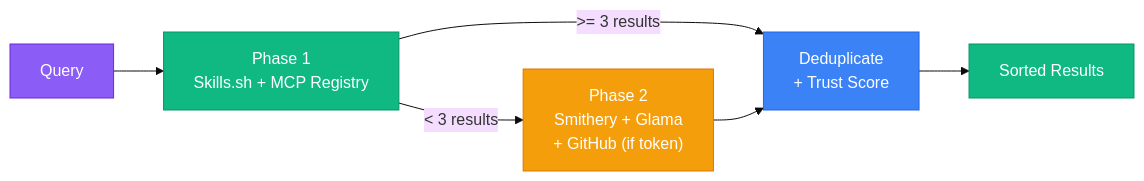
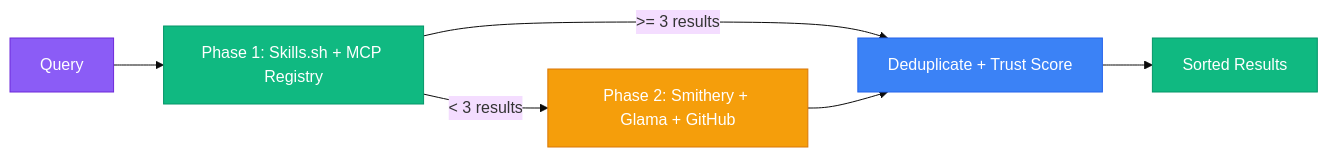
One commit to ancrz/skill-swarm-mcp changed the third of 7 diagrams in README.md. Above: the diagram before and after it, drawn with Mermaid (base theme). The commit also changed other lines of this file, not shown here.

First line of the commit message:
docs: lint mermaid diagrams, add top navigation anchors, and specify apache 2.0 terms

````diff
--- a/README.md
+++ b/README.md
@@ -79,14 +86,14 @@
 ```mermaid
 flowchart LR
-    Q["Query"] --> P1["Phase 1<br/>Skills.sh + MCP Registry"]
-    P1 -->|">= 3 results"| D["Deduplicate<br/>+ Trust Score"]
-    P1 -->|"< 3 results"| P2["Phase 2<br/>Smithery + Glama<br/>+ GitHub (if token)"]
+    Q["Query"] --> P1["Phase 1: Skills.sh + MCP Registry"]
+    P1 -->|">= 3 results"| D["Deduplicate + Trust Score"]
+    P1 -->|"< 3 results"| P2["Phase 2: Smithery + Glama + GitHub"]
     P2 --> D
     D --> R["Sorted Results"]
 
     style Q fill:#8B5CF6,stroke:#6D28D9,color:#fff
     style P1 fill:#10B981,stroke:#059669,color:#fff
     style P2 fill:#F59E0B,stroke:#D97706,color:#fff
     style D fill:#3B82F6,stroke:#2563EB,color:#fff
     style R fill:#10B981,stroke:#059669,color:#fff
 ```
````
